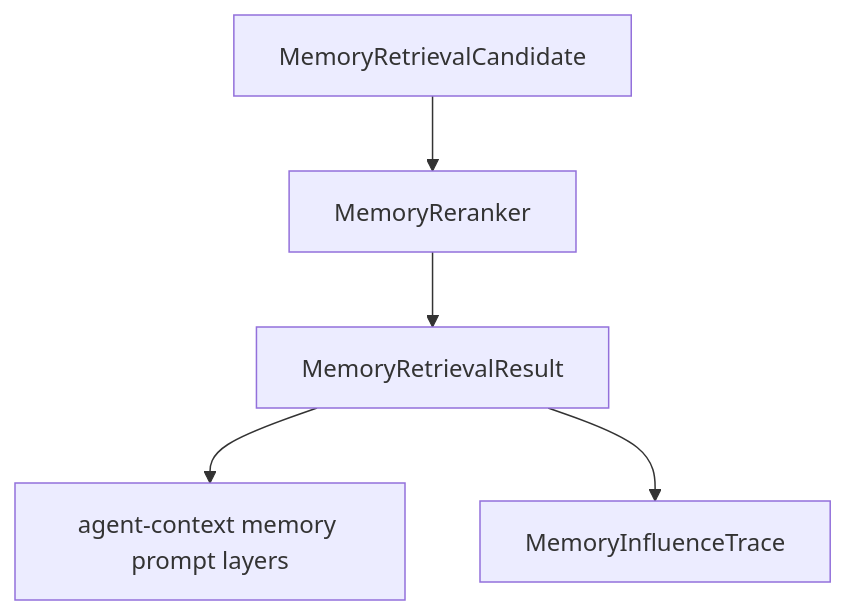
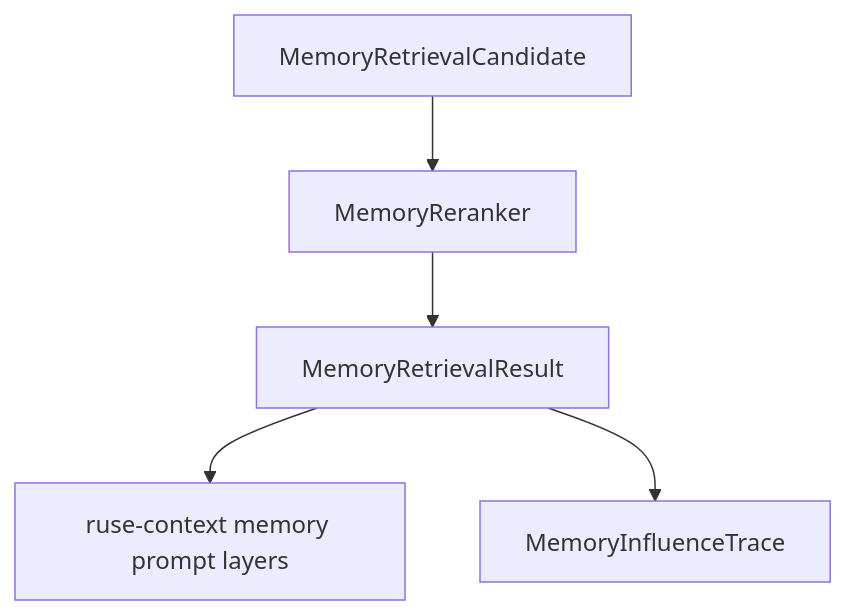
Before and after one commit to poneding/agent: the diagram in docs/specs/M23-03-memory-rerank-influence-trace.spec.md, drawn with Mermaid. The commit also changed other lines of this file and 2091 other files, not shown here.

First line of the commit message:
refactor: rename agent branding to ruse

````diff
--- a/docs/specs/M23-03-memory-rerank-influence-trace.spec.md
+++ b/docs/specs/M23-03-memory-rerank-influence-trace.spec.md
@@ -33,7 +33,7 @@
 ```mermaid
 flowchart TD
   Candidates["MemoryRetrievalCandidate"] --> Reranker["MemoryReranker"]
   Reranker --> Result["MemoryRetrievalResult"]
-  Result --> Context["agent-context memory prompt layers"]
+  Result --> Context["ruse-context memory prompt layers"]
   Result --> Trace["MemoryInfluenceTrace"]
 ```
````
